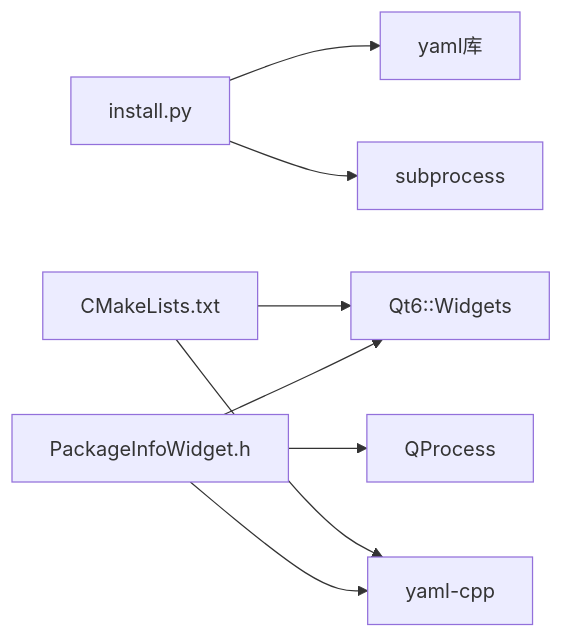
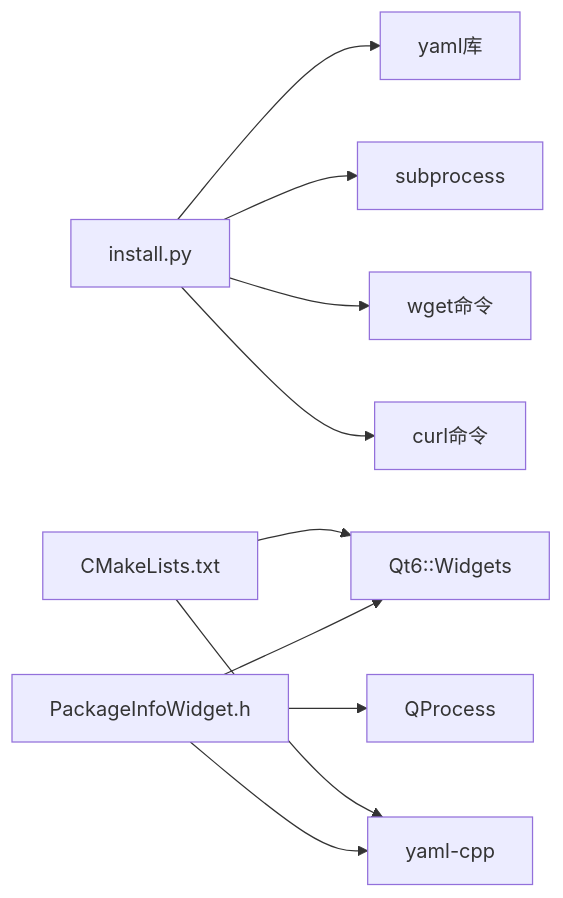
The fifth of 5 diagrams in .qoder/repowiki/zh/content/故障排除.md (firestrongarch/install), drawn with Mermaid before and after one commit. The commit also changed other lines of this file and 3 other files, not shown here.

````diff
--- a/.qoder/repowiki/zh/content/故障排除.md
+++ b/.qoder/repowiki/zh/content/故障排除.md
@@ -279,10 +303,12 @@
 ```mermaid
 graph LR
 PY["install.py"] --> YAML["yaml库"]
 PY --> SUB["subprocess"]
+PY --> WGET["wget命令"]
+PY --> CURL["curl命令"]
 GUI["PackageInfoWidget.h"] --> QT["Qt6::Widgets"]
 GUI --> YCPP["yaml-cpp"]
 GUI --> PROC["QProcess"]
 CMAKE["CMakeLists.txt"] --> QT
 CMAKE --> YCPP
 ```
````
